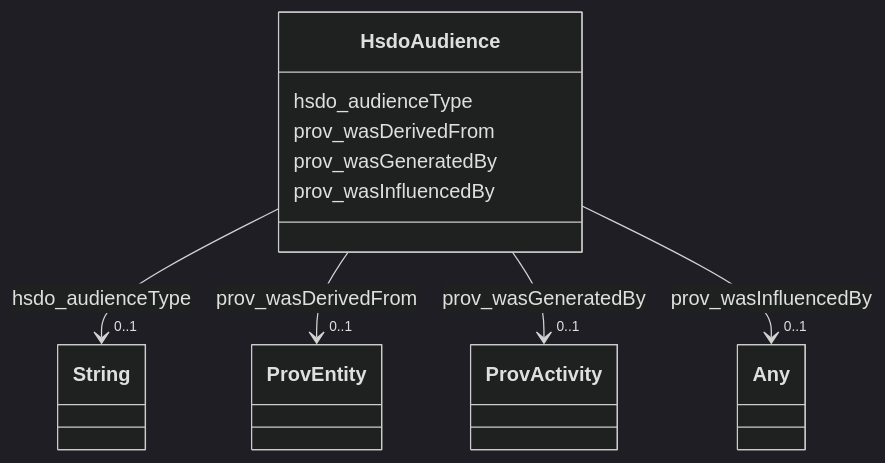
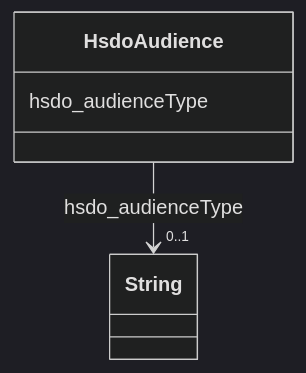
The diagram in dream-kg/classes/HsdoAudience.md (frink-okn/graph-descriptions), drawn with Mermaid (dark theme) before and after one commit. The commit also changed other lines of this file and 47 other files, not shown here.

````diff
--- a/dream-kg/classes/HsdoAudience.md
+++ b/dream-kg/classes/HsdoAudience.md
@@ -19,42 +19,15 @@
 ```mermaid
  classDiagram
     class HsdoAudience
     click HsdoAudience href "../HsdoAudience"
       HsdoAudience : hsdo_audienceType
         
           
     
     
     HsdoAudience --> "0..1" String : hsdo_audienceType
     click String href "../String"
 
         
-      HsdoAudience : prov_wasDerivedFrom
-        
-          
-    
-    
-    HsdoAudience --> "0..1" ProvEntity : prov_wasDerivedFrom
-    click ProvEntity href "../ProvEntity"
-
-        
-      HsdoAudience : prov_wasGeneratedBy
-        
-          
-    
-    
-    HsdoAudience --> "0..1" ProvActivity : prov_wasGeneratedBy
-    click ProvActivity href "../ProvActivity"
-
-        
-      HsdoAudience : prov_wasInfluencedBy
-        
-          
-    
-    
-    HsdoAudience --> "0..1" Any : prov_wasInfluencedBy
-    click Any href "../Any"
-
-        
       
 ```
````
